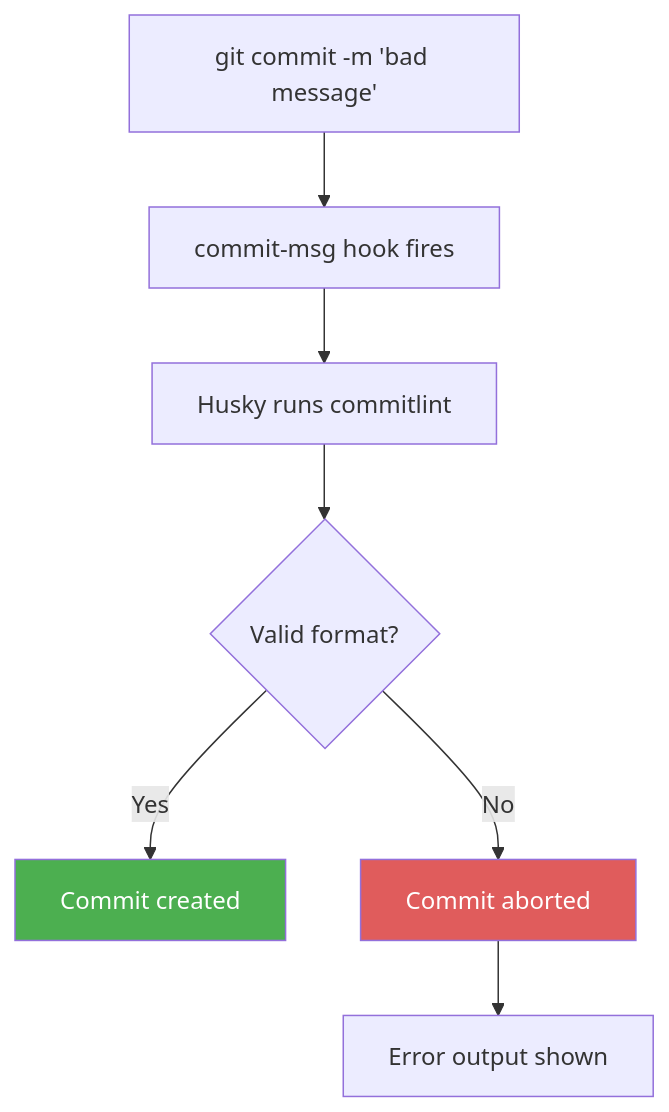
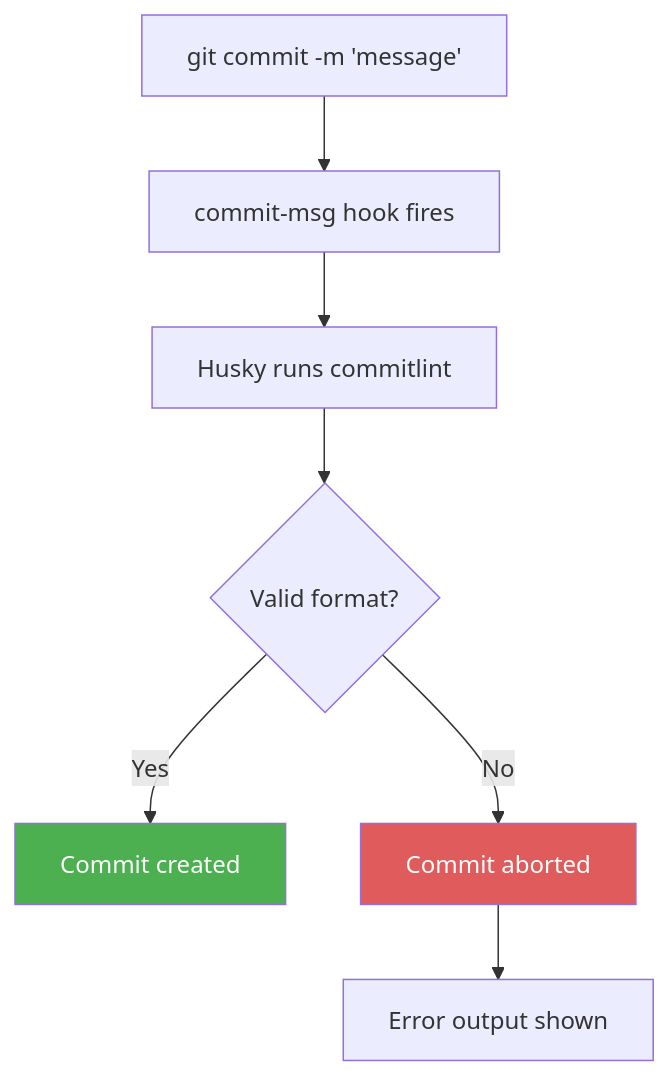
Before and after one commit to denis23x/denis-iakimenko: the second of 2 diagrams in src/data/blog/_2026/husky-conventional-commits.md, drawn with Mermaid. The commit also changed other lines of this file, not shown here.

Commit message:
Refine Husky and Conventional Commits documentation: enhance clarity in descriptions, improve explanations of Git hooks and their setup process, and ensure consistent formatting throughout the post.

````diff
--- a/src/data/blog/_2026/husky-conventional-commits.md
+++ b/src/data/blog/_2026/husky-conventional-commits.md
@@ -115,12 +124,12 @@
 ```mermaid caption=How the pieces fit together
 flowchart TD
-    A["git commit -m 'bad message'"] --> B[commit-msg hook fires]
+    A["git commit -m 'message'"] --> B[commit-msg hook fires]
     B --> C[Husky runs commitlint]
     C --> D{Valid format?}
     D -- Yes --> E[Commit created]
     D -- No --> F[Commit aborted]
     F --> G[Error output shown]
 
     style F fill:#e05c5c,color:#fff
     style E fill:#4caf50,color:#fff
 ```
````
